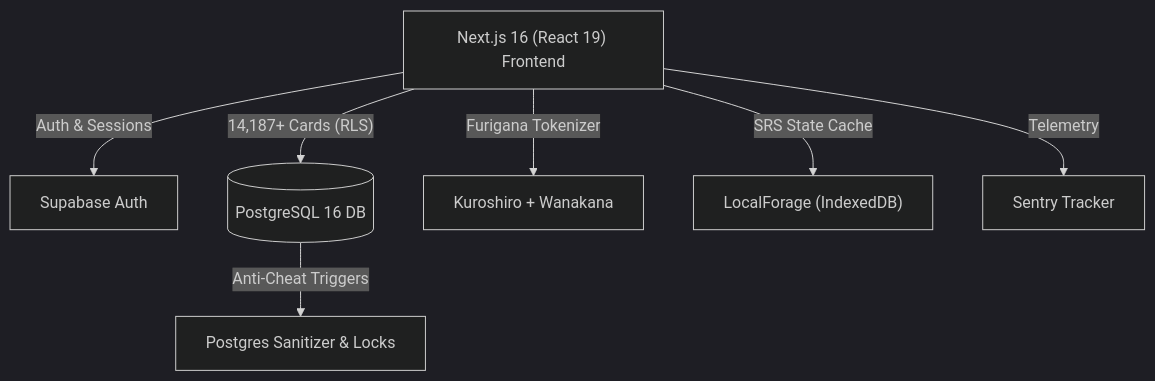
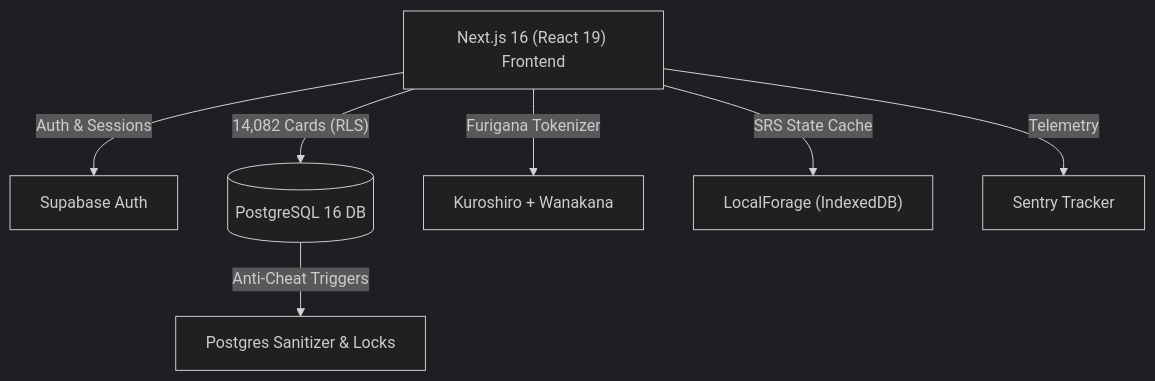
Before and after one commit to NotCatfish/Otakufy: the diagram in README.md, drawn with Mermaid (dark theme). The commit also changed other lines of this file, not shown here.

````diff
--- a/README.md
+++ b/README.md
@@ -38,12 +38,12 @@
 ```mermaid
 flowchart TD
     Client["Next.js 16 (React 19) Frontend"]
     
     Client -->|"Auth & Sessions"| Auth["Supabase Auth"]
-    Client -->|"14,187+ Cards (RLS)"| DB[("PostgreSQL 16 DB")]
+    Client -->|"14,082 Cards (RLS)"| DB[("PostgreSQL 16 DB")]
     Client -->|"Furigana Tokenizer"| NLP["Kuroshiro + Wanakana"]
     Client -->|"SRS State Cache"| Cache["LocalForage (IndexedDB)"]
     Client -->|"Telemetry"| Sentry["Sentry Tracker"]
     
     DB -->|"Anti-Cheat Triggers"| Triggers["Postgres Sanitizer & Locks"]
 ```
````
